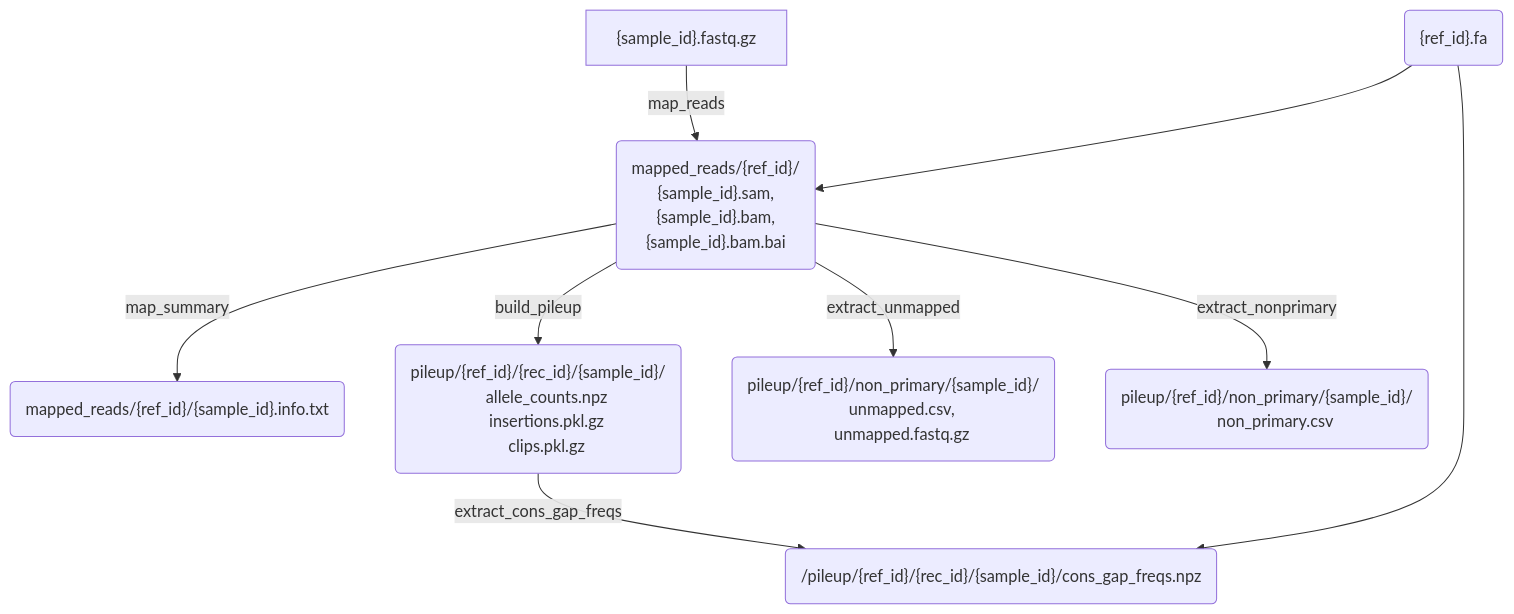
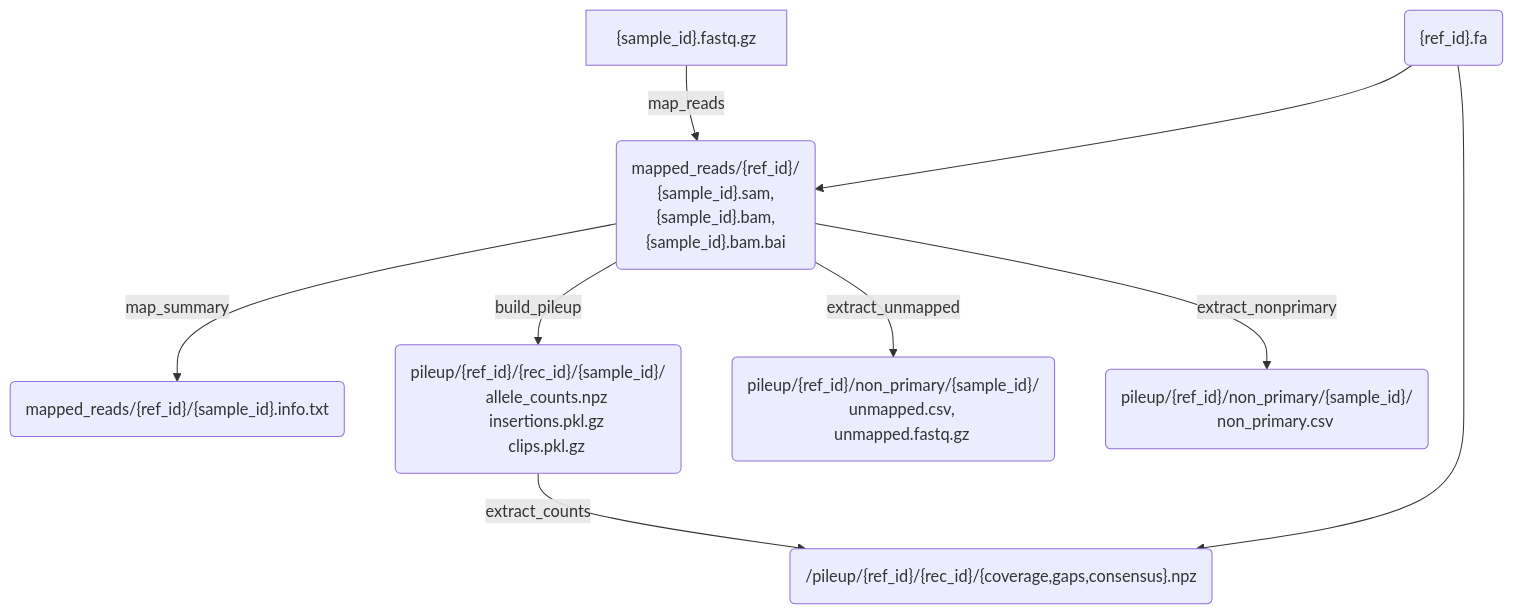
One commit to mmolari/evo-genome-analysis changed the second of 2 diagrams in notes/workflow_structure.md. Above: the diagram before and after it, drawn with Mermaid. The commit also changed other lines of this file and 4 other files, not shown here.

````diff
--- a/notes/workflow_structure.md
+++ b/notes/workflow_structure.md
@@ -86,29 +61,29 @@
 ```mermaid
 flowchart TD
 	Sample["{sample_id}.fastq.gz"]
 	Ref("{ref_id}.fa")
 	Map("mapped_reads/{ref_id}/
     {sample_id}.sam,
     {sample_id}.bam,
     {sample_id}.bam.bai")
   Info("mapped_reads/{ref_id}/{sample_id}.info.txt")
   Pileup("pileup/{ref_id}/{rec_id}/{sample_id}/
     allele_counts.npz
     insertions.pkl.gz
     clips.pkl.gz")
   Unmap("pileup/{ref_id}/non_primary/{sample_id}/
     unmapped.csv,
     unmapped.fastq.gz")
   NonPrim("pileup/{ref_id}/non_primary/{sample_id}/
     non_primary.csv")
-  Freqs("/pileup/{ref_id}/{rec_id}/{sample_id}/cons_gap_freqs.npz")
+  Cts("/pileup/{ref_id}/{rec_id}/{coverage,gaps,consensus}.npz")
 
 	Sample --> |map_reads| Map
 	Ref --> Map
   Map --> |map_summary| Info
   Map --> |build_pileup| Pileup
   Map --> |extract_unmapped| Unmap
   Map --> |extract_nonprimary| NonPrim
-  Pileup --> |extract_cons_gap_freqs| Freqs
-  Ref --> Freqs
+  Pileup --> |extract_counts| Cts
+  Ref --> Cts
 ```
````
